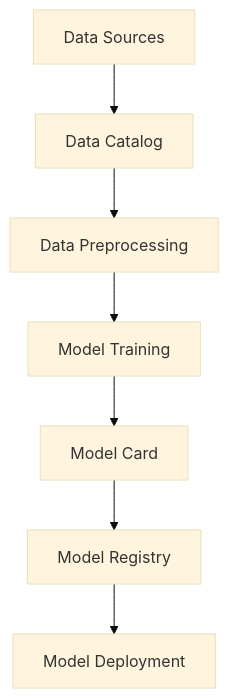
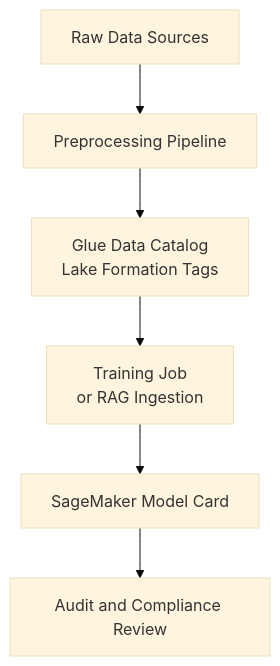
The second of 5 diagrams in english/50_10_Methods_to_secure_AI_systems.md (CloudCityPress/aws-aif-c01), drawn with Mermaid (base theme) before and after one commit. The commit also changed other lines of this file and 76 other files, not shown here.

````diff
--- a/english/50_10_Methods_to_secure_AI_systems.md
+++ b/english/50_10_Methods_to_secure_AI_systems.md
@@ -121,10 +61,8 @@
 ```mermaid
 flowchart TD
-    A[Data Sources] --> B[Data Catalog]
-    B --> C[Data Preprocessing]
-    C --> D[Model Training]
-    D --> E[Model Card]
-    E --> F[Model Registry]
-    F --> G[Model Deployment]
-
+    A[Raw Data Sources] --> B[Preprocessing Pipeline]
+    B --> C[Glue Data Catalog<br>Lake Formation Tags]
+    C --> D[Training Job<br>or RAG Ingestion]
+    D --> E[SageMaker Model Card]
+    E --> F[Audit and Compliance Review]
 ```
````
